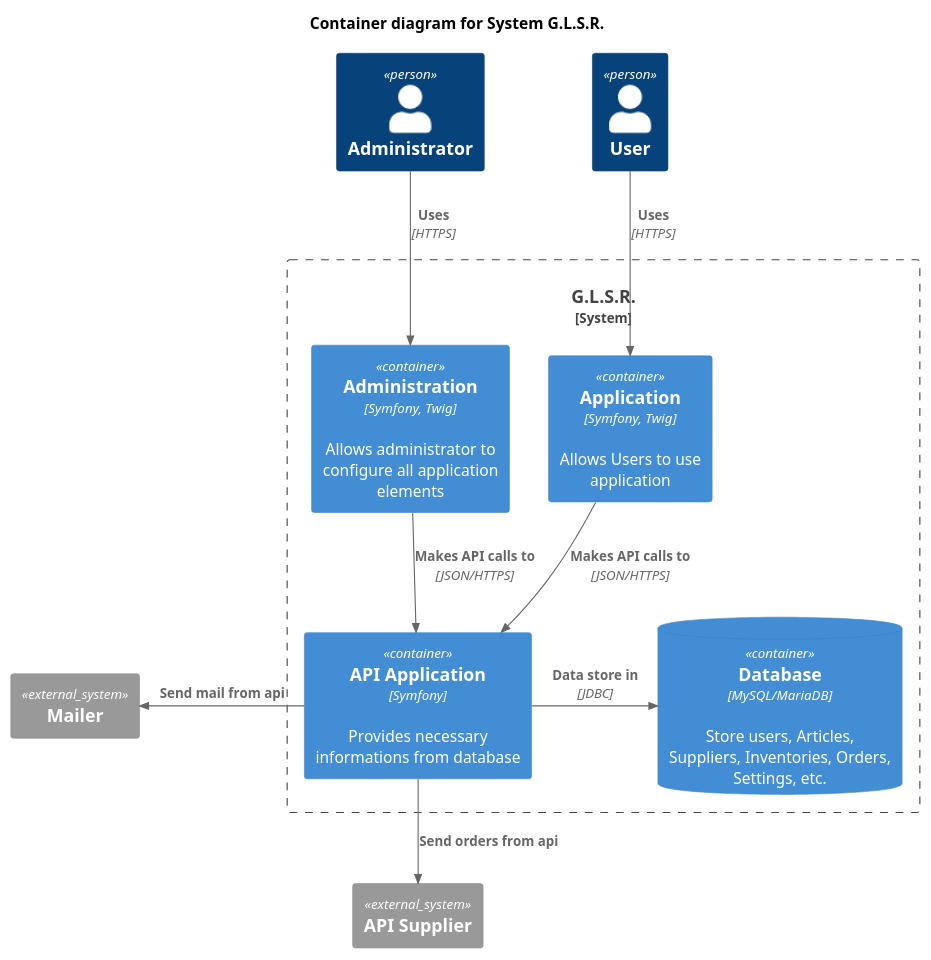
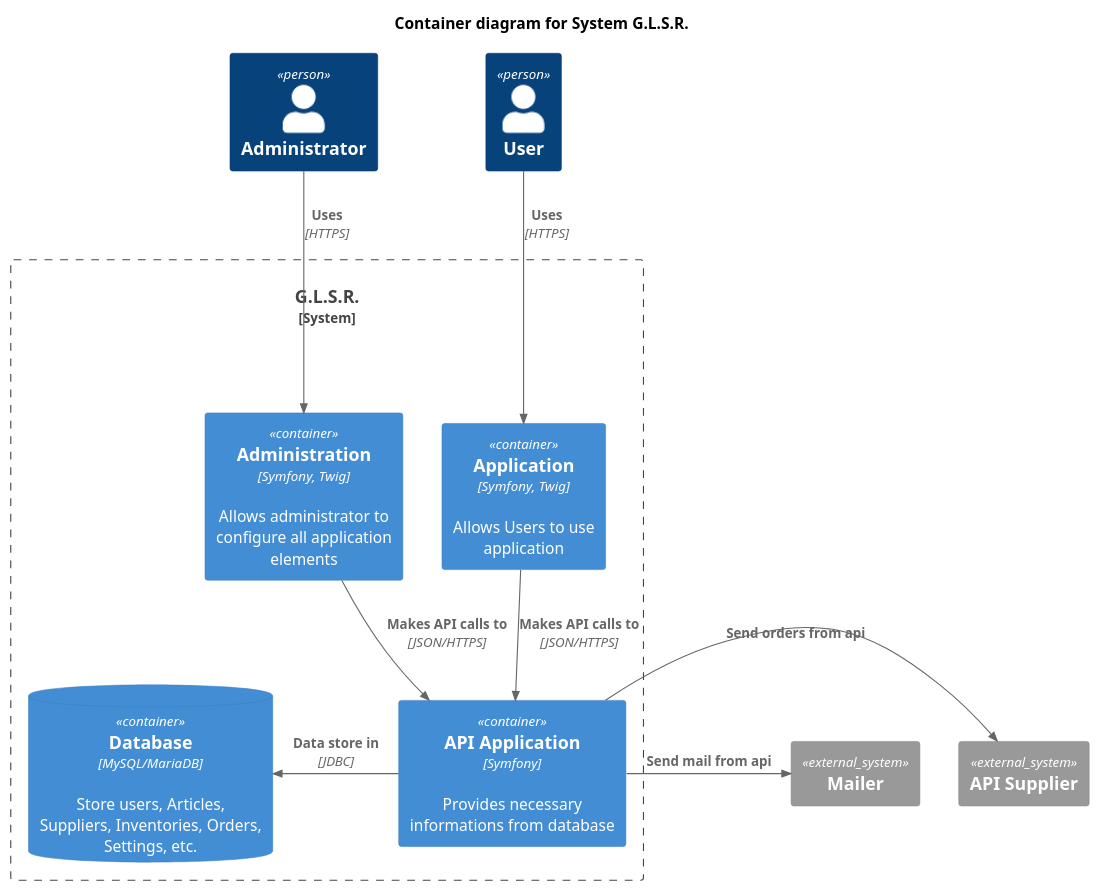
Before and after one commit to Dev-Int/tests: the diagram in docs/C4-Model/system/container/container.puml, drawn with PlantUML. The commit also changed 3 other files, not shown here.

```diff
--- a/docs/C4-Model/system/container/container.puml
+++ b/docs/C4-Model/system/container/container.puml
@@ -1,30 +1,30 @@
 @startuml Container
 !include https://raw.githubusercontent.com/plantuml-stdlib/C4-PlantUML/master/C4_Container.puml
 
 title Container diagram for System G.L.S.R.
 
 Person(admin, "Administrator")
 Person(user, "User")
 
 System_Boundary(c1, "G.L.S.R.") {
 	Container(api, "API Application", "Symfony", "Provides necessary informations from database")
   Container(backend, "Administration", "Symfony, Twig", "Allows administrator to configure all application elements")
 	Container(web_app, "Application", "Symfony, Twig", "Allows Users to use application")
 	ContainerDb(rel_db, "Database", "MySQL/MariaDB", "Store users, Articles, Suppliers, Inventories, Orders, Settings, etc.")
 }
 
 System_Ext(mailer, "Mailer")
 System_Ext(api_supplier, "API Supplier")
 
 Rel(admin, backend, "Uses", "HTTPS")
 Rel(user, web_app, "Uses", "HTTPS")
 
 Rel(backend, api, "Makes API calls to", "JSON/HTTPS")
 Rel(web_app, api, "Makes API calls to", "JSON/HTTPS")
 
-Rel_R(api, rel_db, "Data store in", "JDBC")
+Rel_L(api, rel_db, "Data store in", "JDBC")
 
-Rel_L(api, mailer, "Send mail from api")
-Rel(api, api_supplier, "Send orders from api")
+Rel_R(api, mailer, "Send mail from api")
+Rel_R(api, api_supplier, "Send orders from api")
 
 @enduml
```
